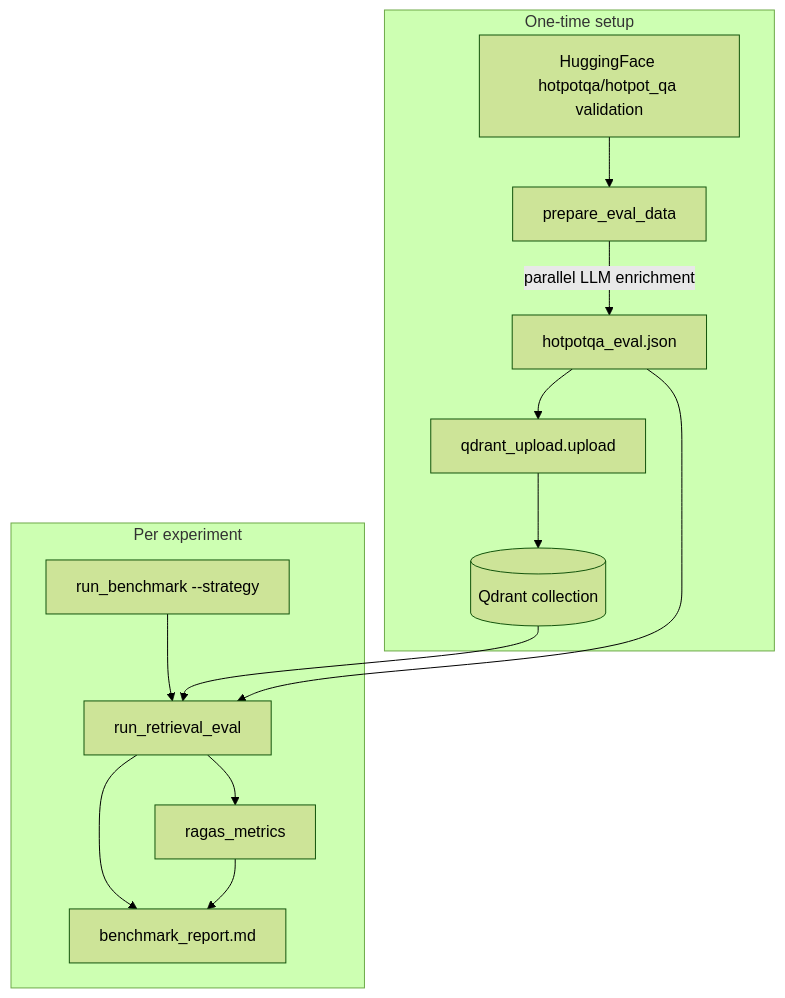
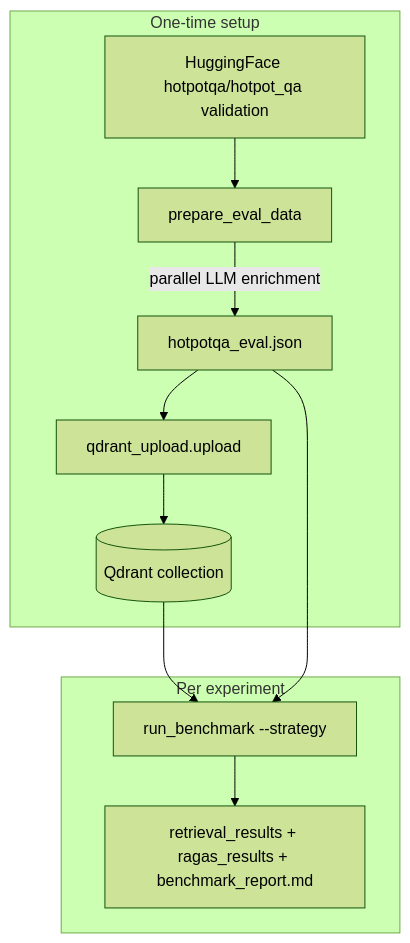
Before and after one commit to PalashJauhari/RAG: the diagram in benchmarking/hotpotqa/README.md, drawn with Mermaid (forest theme). The commit also changed other lines of this file and 12 other files, not shown here.

````diff
--- a/benchmarking/hotpotqa/README.md
+++ b/benchmarking/hotpotqa/README.md
@@ -60,24 +60,20 @@
 ```mermaid
 flowchart TB
   subgraph setup [One-time setup]
     HF["HuggingFace hotpotqa/hotpot_qa validation"]
     Prep["prepare_eval_data"]
     JSON["hotpotqa_eval.json"]
     Upload["qdrant_upload.upload"]
     Qdrant[(Qdrant collection)]
     HF --> Prep
     Prep -->|"parallel LLM enrichment"| JSON
     JSON --> Upload --> Qdrant
   end
   subgraph run [Per experiment]
     Bench["run_benchmark --strategy"]
-    Ret["run_retrieval_eval"]
-    Ragas["ragas_metrics"]
-    Report["benchmark_report.md"]
-    Bench --> Ret --> Ragas
-    Ret --> Report
-    Ragas --> Report
+    Artifacts["retrieval_results + ragas_results + benchmark_report.md"]
+    Bench --> Artifacts
   end
-  Qdrant --> Ret
-  JSON --> Ret
+  Qdrant --> Bench
+  JSON --> Bench
 ```
````
